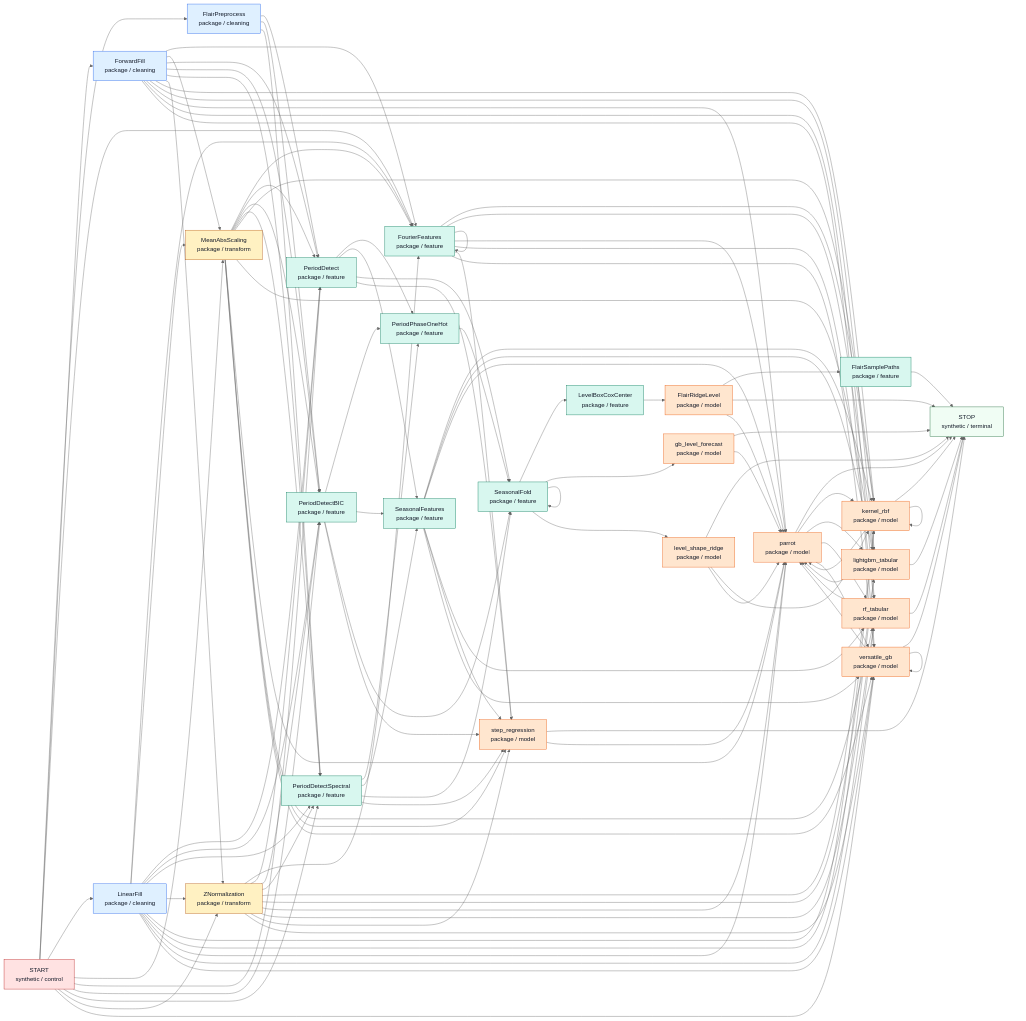
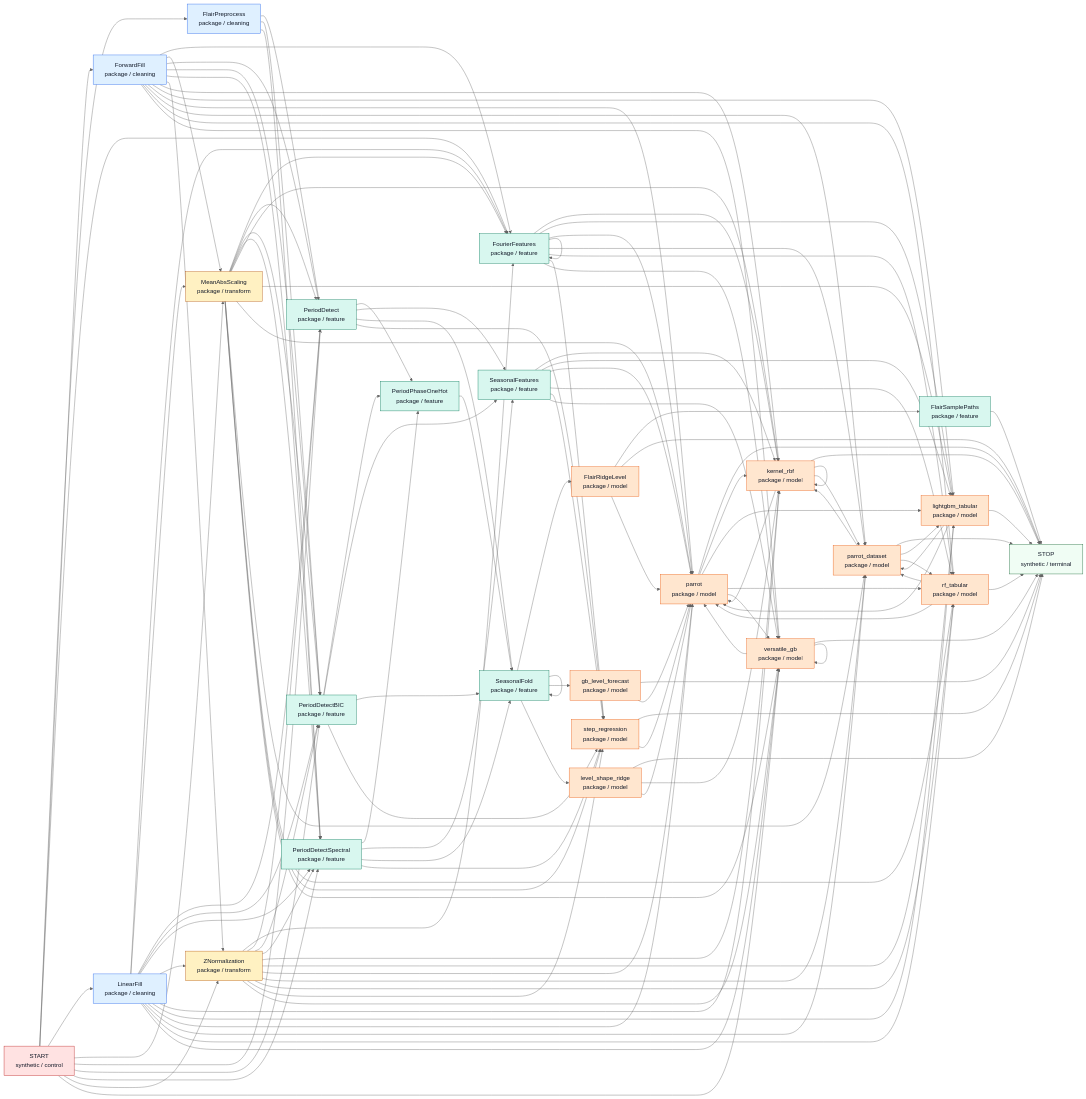
The second of 2 diagrams in token_graph_catalog/outputs/token_graph.md (chahineNejm/graph_Time_series), drawn with Mermaid (neutral theme) before and after one commit. The commit also changed other lines of this file and 15 other files, not shown here.

```diff
--- a/token_graph_catalog/outputs/token_graph.md
+++ b/token_graph_catalog/outputs/token_graph.md
@@ -171,7 +182,6 @@
   n_ZNormalization["ZNormalization<br/>package / transform"]:::transform
   n_FlairSamplePaths["FlairSamplePaths<br/>package / feature"]:::feature
   n_FourierFeatures["FourierFeatures<br/>package / feature"]:::feature
-  n_LevelBoxCoxCenter["LevelBoxCoxCenter<br/>package / feature"]:::feature
   n_PeriodDetect["PeriodDetect<br/>package / feature"]:::feature
   n_PeriodDetectBIC["PeriodDetectBIC<br/>package / feature"]:::feature
   n_PeriodDetectSpectral["PeriodDetectSpectral<br/>package / feature"]:::feature
@@ -184,6 +194,7 @@
   n_level_shape_ridge["level_shape_ridge<br/>package / model"]:::model
   n_lightgbm_tabular["lightgbm_tabular<br/>package / model"]:::model
   n_parrot["parrot<br/>package / model"]:::model
+  n_parrot_dataset["parrot_dataset<br/>package / model"]:::model
   n_rf_tabular["rf_tabular<br/>package / model"]:::model
   n_step_regression["step_regression<br/>package / model"]:::model
   n_versatile_gb["versatile_gb<br/>package / model"]:::model
@@ -204,16 +215,17 @@
   n_ForwardFill --> n_kernel_rbf
   n_ForwardFill --> n_lightgbm_tabular
   n_ForwardFill --> n_parrot
+  n_ForwardFill --> n_parrot_dataset
   n_ForwardFill --> n_rf_tabular
   n_ForwardFill --> n_versatile_gb
   n_FourierFeatures --> n_FourierFeatures
   n_FourierFeatures --> n_kernel_rbf
   n_FourierFeatures --> n_lightgbm_tabular
   n_FourierFeatures --> n_parrot
+  n_FourierFeatures --> n_parrot_dataset
   n_FourierFeatures --> n_rf_tabular
   n_FourierFeatures --> n_step_regression
   n_FourierFeatures --> n_versatile_gb
-  n_LevelBoxCoxCenter --> n_FlairRidgeLevel
   n_LinearFill --> n_FourierFeatures
   n_LinearFill --> n_MeanAbsScaling
   n_LinearFill --> n_PeriodDetect
@@ -223,6 +235,7 @@
   n_LinearFill --> n_kernel_rbf
   n_LinearFill --> n_lightgbm_tabular
   n_LinearFill --> n_parrot
+  n_LinearFill --> n_parrot_dataset
   n_LinearFill --> n_rf_tabular
   n_LinearFill --> n_versatile_gb
   n_MeanAbsScaling --> n_FourierFeatures
@@ -232,6 +245,7 @@
   n_MeanAbsScaling --> n_kernel_rbf
   n_MeanAbsScaling --> n_lightgbm_tabular
   n_MeanAbsScaling --> n_parrot
+  n_MeanAbsScaling --> n_parrot_dataset
   n_MeanAbsScaling --> n_rf_tabular
   n_MeanAbsScaling --> n_step_regression
   n_MeanAbsScaling --> n_versatile_gb
@@ -264,7 +278,7 @@
   n_SeasonalFeatures --> n_rf_tabular
   n_SeasonalFeatures --> n_step_regression
   n_SeasonalFeatures --> n_versatile_gb
-  n_SeasonalFold --> n_LevelBoxCoxCenter
+  n_SeasonalFold --> n_FlairRidgeLevel
   n_SeasonalFold --> n_SeasonalFold
   n_SeasonalFold --> n_gb_level_forecast
   n_SeasonalFold --> n_level_shape_ridge
@@ -275,6 +289,7 @@
   n_ZNormalization --> n_kernel_rbf
   n_ZNormalization --> n_lightgbm_tabular
   n_ZNormalization --> n_parrot
+  n_ZNormalization --> n_parrot_dataset
   n_ZNormalization --> n_rf_tabular
   n_ZNormalization --> n_step_regression
   n_ZNormalization --> n_versatile_gb
@@ -283,18 +298,25 @@
   n_kernel_rbf --> n_STOP
   n_kernel_rbf --> n_kernel_rbf
   n_kernel_rbf --> n_parrot
+  n_kernel_rbf --> n_parrot_dataset
   n_level_shape_ridge --> n_STOP
   n_level_shape_ridge --> n_kernel_rbf
   n_level_shape_ridge --> n_parrot
   n_lightgbm_tabular --> n_STOP
   n_lightgbm_tabular --> n_parrot
+  n_lightgbm_tabular --> n_parrot_dataset
   n_parrot --> n_STOP
   n_parrot --> n_kernel_rbf
   n_parrot --> n_lightgbm_tabular
   n_parrot --> n_rf_tabular
   n_parrot --> n_versatile_gb
+  n_parrot_dataset --> n_STOP
+  n_parrot_dataset --> n_kernel_rbf
+  n_parrot_dataset --> n_lightgbm_tabular
+  n_parrot_dataset --> n_rf_tabular
   n_rf_tabular --> n_STOP
   n_rf_tabular --> n_parrot
+  n_rf_tabular --> n_parrot_dataset
   n_step_regression --> n_STOP
   n_step_regression --> n_parrot
   n_versatile_gb --> n_STOP
```
